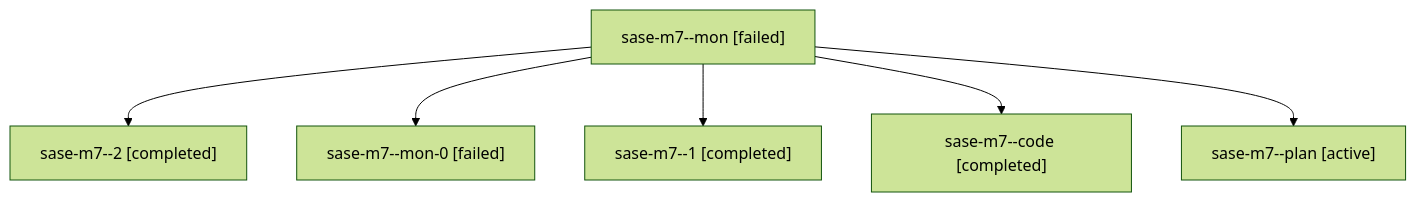
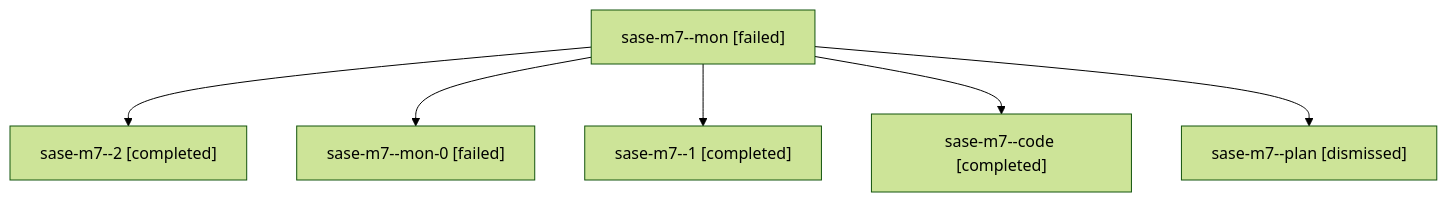
The diagram in sessions/bbugyi200.athena.sase-m7.md (sase-org/sase--agents), drawn with Mermaid (forest theme) before and after one commit. The commit also changed other lines of this file and 218 other files, not shown here.

````diff
--- a/sessions/bbugyi200.athena.sase-m7.md
+++ b/sessions/bbugyi200.athena.sase-m7.md
@@ -9,14 +9,14 @@
 ```mermaid
 flowchart TD
   n0["sase-m7--mon [failed]"]
   n1["sase-m7--2 [completed]"]
   n0 --> n1
   n2["sase-m7--mon-0 [failed]"]
   n0 --> n2
   n3["sase-m7--1 [completed]"]
   n0 --> n3
   n4["sase-m7--code [completed]"]
   n0 --> n4
-  n5["sase-m7--plan [active]"]
+  n5["sase-m7--plan [dismissed]"]
   n0 --> n5
 ```
````
